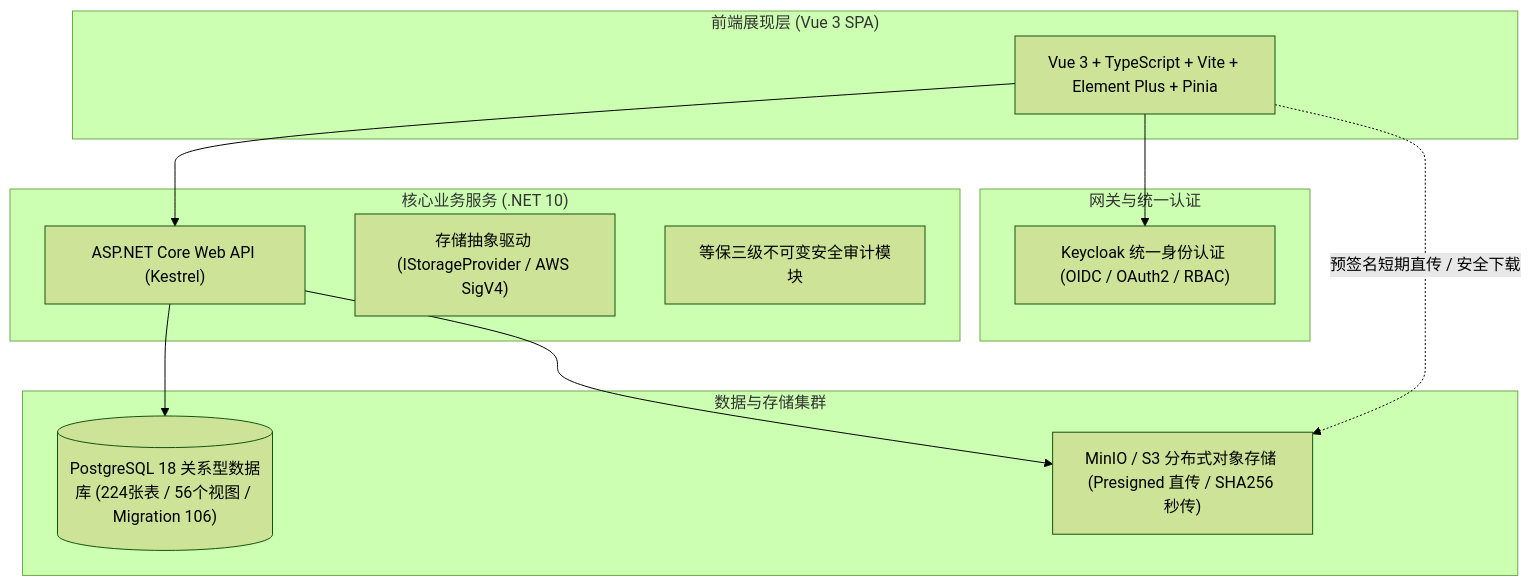
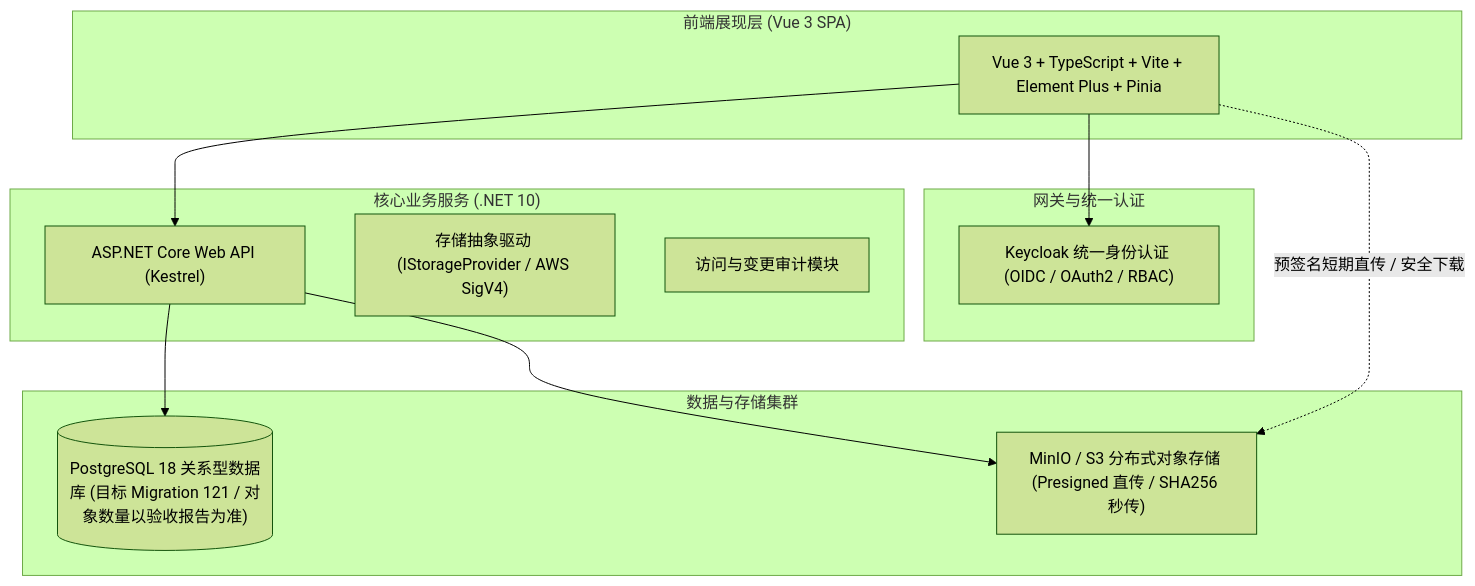
The diagram in README.md (Hugo1860/Medical-Research-Management-System-MRMS-), drawn with Mermaid (forest theme) before and after one commit. The commit also changed other lines of this file and 145 other files, not shown here.

First line of the commit message:
fix(vertical): 修复纵向申报详情视图缺失与全周期检索兼容，升级Schema至121并封签离线发布物

````diff
--- a/README.md
+++ b/README.md
@@ -23,27 +23,27 @@
 ```mermaid
 flowchart TD
     subgraph Client["前端展现层 (Vue 3 SPA)"]
         UI["Vue 3 + TypeScript + Vite + Element Plus + Pinia"]
     end
 
     subgraph Gateway["网关与统一认证"]
         KC["Keycloak 统一身份认证 (OIDC / OAuth2 / RBAC)"]
     end
 
     subgraph Backend["核心业务服务 (.NET 10)"]
         API["ASP.NET Core Web API (Kestrel)"]
         Storage["存储抽象驱动 (IStorageProvider / AWS SigV4)"]
-        Audit["等保三级不可变安全审计模块"]
+        Audit["访问与变更审计模块"]
     end
 
     subgraph Data["数据与存储集群"]
-        PG[("PostgreSQL 18 关系型数据库 (224张表 / 56个视图 / Migration 106)")]
+        PG[("PostgreSQL 18 关系型数据库 (目标 Migration 121 / 对象数量以验收报告为准)")]
         MinIO["MinIO / S3 分布式对象存储 (Presigned 直传 / SHA256 秒传)"]
     end
 
     UI --> KC
     UI --> API
     API --> PG
     API --> MinIO
     UI -.->|"预签名短期直传 / 安全下载"| MinIO
 ```
````
